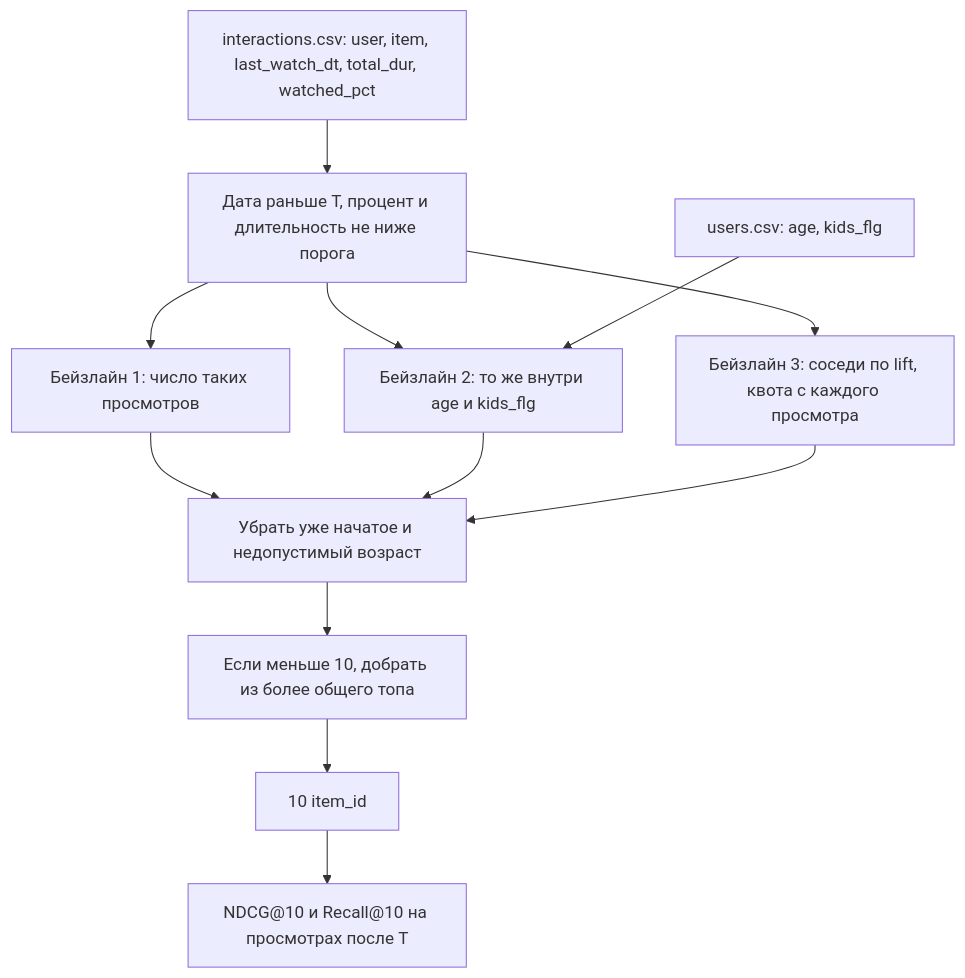
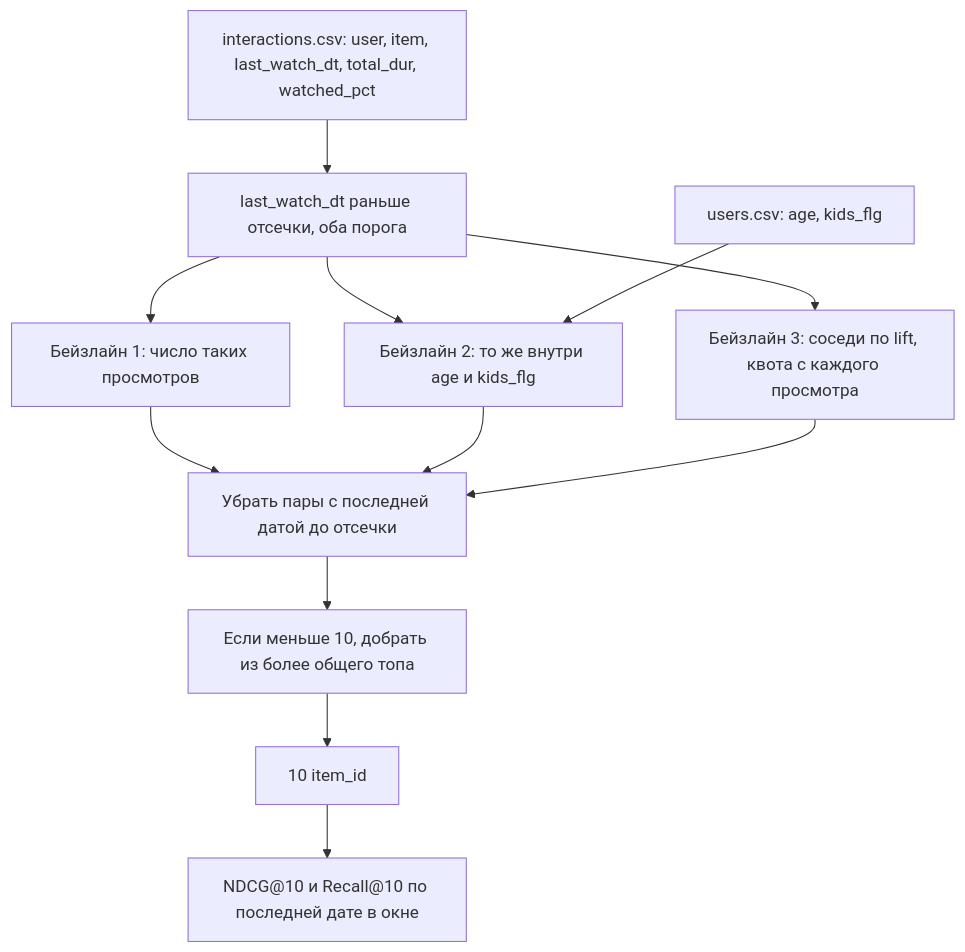
The first of 2 diagrams in docs/ml_system_design_doc.md (Cherten/movie-recsys), drawn with Mermaid before and after one commit. The commit also changed other lines of this file and 1 other file, not shown here.

````diff
--- a/docs/ml_system_design_doc.md
+++ b/docs/ml_system_design_doc.md
@@ -139,16 +142,16 @@
 ```mermaid
 flowchart TD
     interactions["interactions.csv: user, item, last_watch_dt, total_dur, watched_pct"]
     users["users.csv: age, kids_flg"]
-    interactions --> cut["Дата раньше T, процент и длительность не ниже порога"]
+    interactions --> cut["last_watch_dt раньше отсечки, оба порога"]
     cut --> globalPop["Бейзлайн 1: число таких просмотров"]
     cut --> demoPop["Бейзлайн 2: то же внутри age и kids_flg"]
     cut --> lift["Бейзлайн 3: соседи по lift, квота с каждого просмотра"]
     users --> demoPop
-    globalPop --> rules["Убрать уже начатое и недопустимый возраст"]
+    globalPop --> rules["Убрать пары с последней датой до отсечки"]
     demoPop --> rules
     lift --> rules
     rules --> fill["Если меньше 10, добрать из более общего топа"]
     fill --> top10["10 item_id"]
-    top10 --> offline["NDCG@10 и Recall@10 на просмотрах после T"]
+    top10 --> offline["NDCG@10 и Recall@10 по последней дате в окне"]
 ```
````
